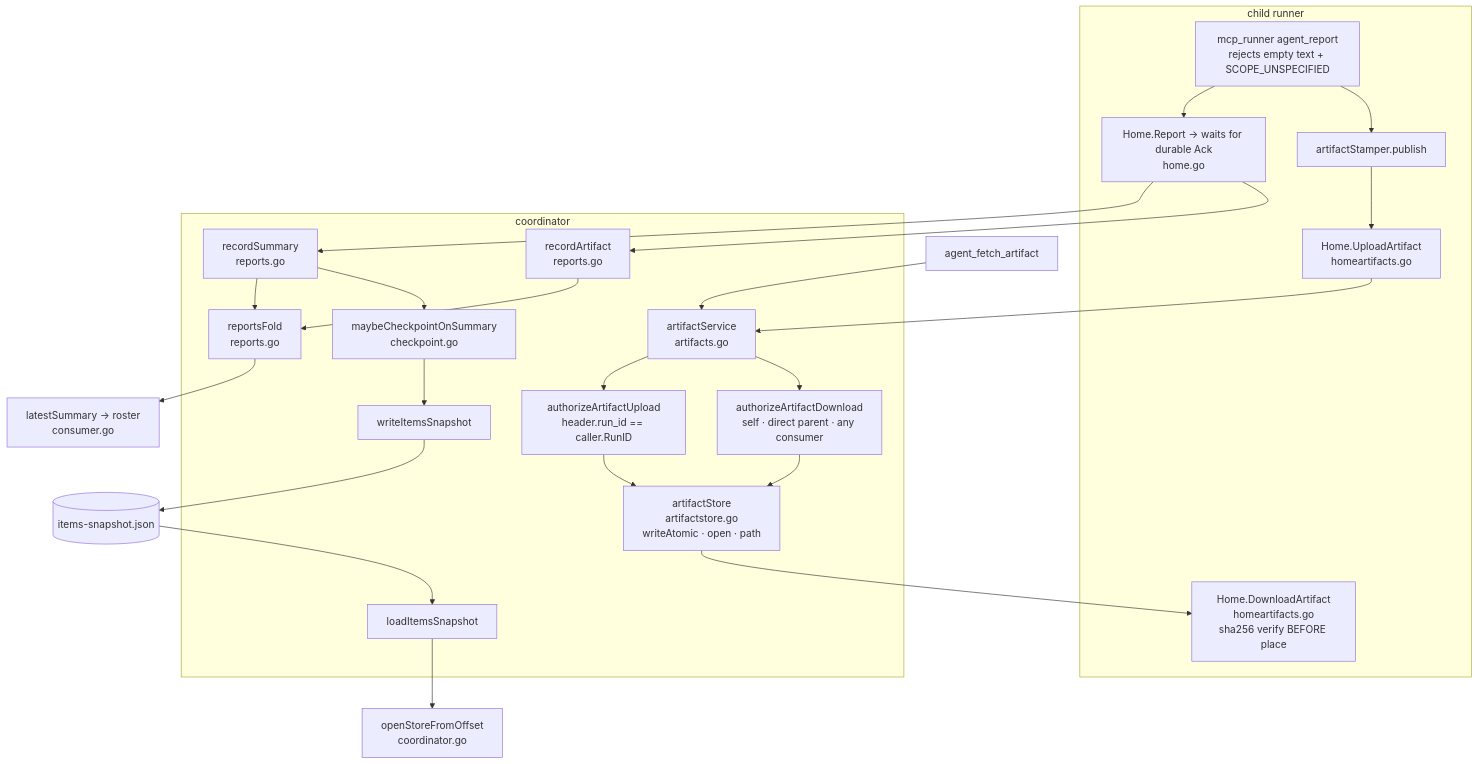
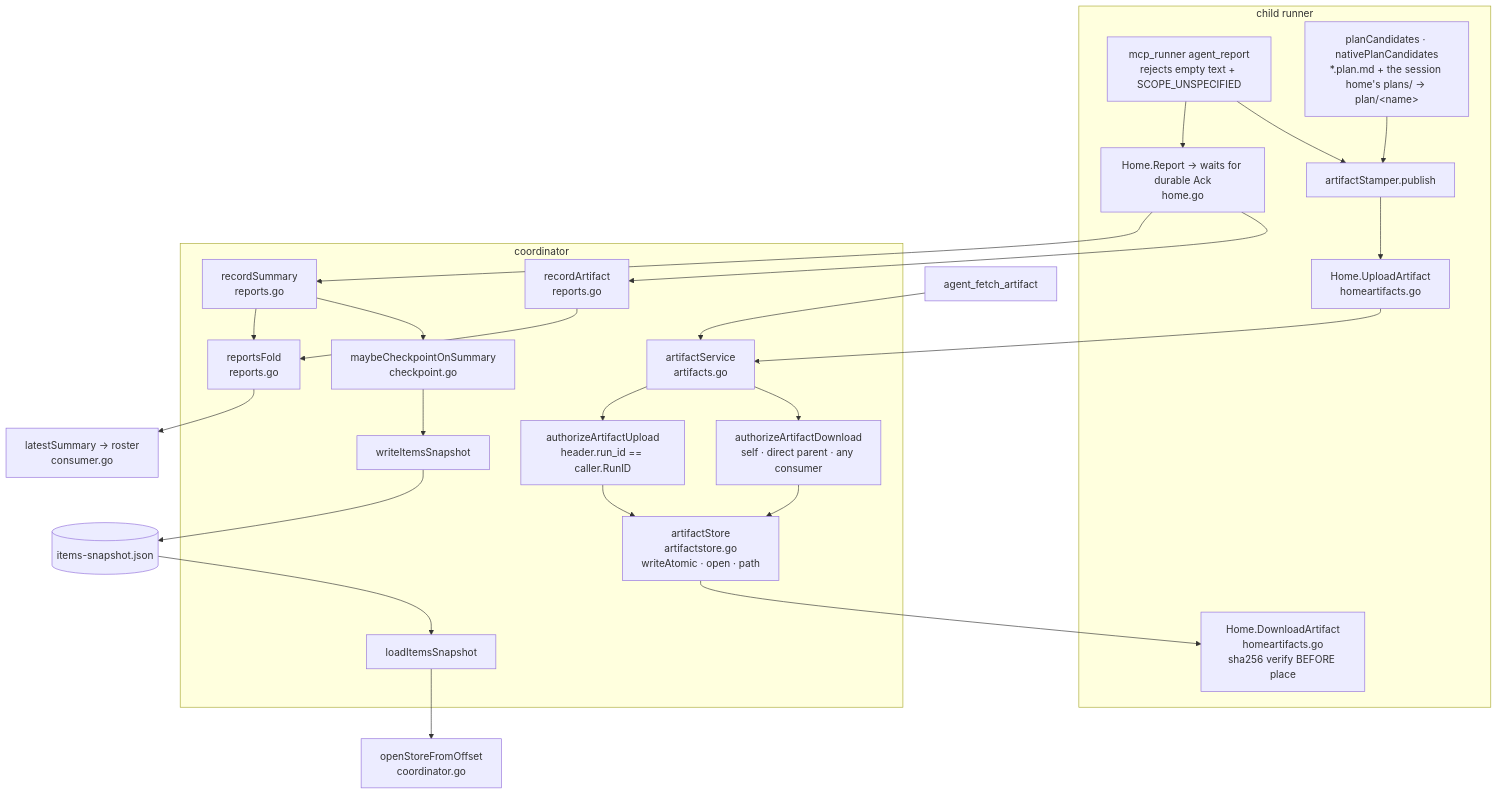
Before and after one commit to ctxloom/ctxloom: the diagram in docs/architecture/agentcoord/artifacts.md, drawn with Mermaid. The commit also changed 2 other files, not shown here.

Commit message:
docs(agentcoord): draw plan artifacts and the auto report's plan approval
artifacts.md's graph had agent_report as the stamper's only input;
plan/<name> artifacts come from *.plan.md and the session home's plans/.
child-lifecycle's turn-boundary node now names coord.AutoReport. overview
said serveAgentRequest answers an approval Unimplemented; it parks.

````diff
--- a/docs/architecture/agentcoord/artifacts.md
+++ b/docs/architecture/agentcoord/artifacts.md
@@ -12,29 +12,31 @@
 ```mermaid
 flowchart TD
   subgraph child["child runner"]
     REP["mcp_runner agent_report<br/>rejects empty text + SCOPE_UNSPECIFIED"]
     STAMP["artifactStamper.publish"]
+    PLANS["planCandidates · nativePlanCandidates<br/>*.plan.md + the session home's plans/ → plan/&lt;name&gt;"]
     HU["Home.UploadArtifact<br/>homeartifacts.go"]
     HD["Home.DownloadArtifact<br/>homeartifacts.go<br/>sha256 verify BEFORE place"]
     HR["Home.Report → waits for durable Ack<br/>home.go"]
   end
   subgraph coord["coordinator"]
     AS["artifactService<br/>artifacts.go"]
     AU["authorizeArtifactUpload<br/>header.run_id == caller.RunID"]
     AD["authorizeArtifactDownload<br/>self · direct parent · any consumer"]
     ST["artifactStore<br/>artifactstore.go<br/>writeAtomic · open · path"]
     RS["recordSummary<br/>reports.go"]
     RA["recordArtifact<br/>reports.go"]
     RF["reportsFold<br/>reports.go"]
     CP["maybeCheckpointOnSummary<br/>checkpoint.go"]
     SNAP["writeItemsSnapshot"]
     LOAD["loadItemsSnapshot"]
   end
   REP --> HR --> RS --> RF
   REP --> STAMP --> HU --> AS --> AU --> ST
+  PLANS --> STAMP
   HR --> RA --> RF
   RS --> CP --> SNAP --> FILE[("items-snapshot.json")]
   FILE --> LOAD --> BOOT["openStoreFromOffset<br/>coordinator.go"]
   FETCH["agent_fetch_artifact"] --> AS --> AD --> ST --> HD
   RF --> ROSTER["latestSummary → roster<br/>consumer.go"]
 ```
````
